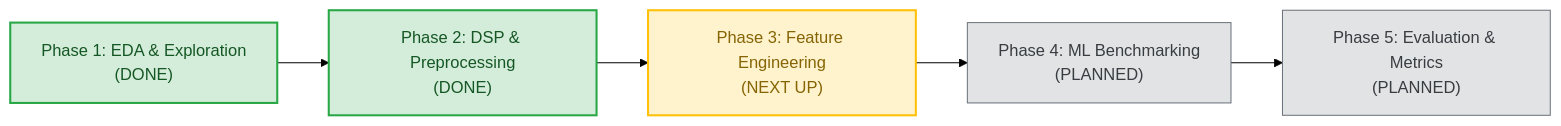
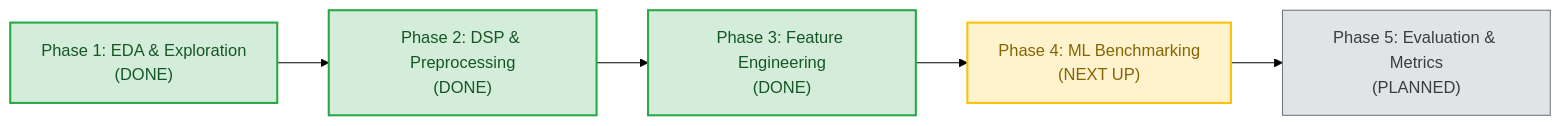
One commit to Simplicity005/icbhi-respiratory-detection changed the diagram in README.md. Above: the diagram before and after it, drawn with Mermaid (forest theme). The commit also changed other lines of this file and 13 other files, not shown here.

Commit message:
feat: implement acoustic feature engineering pipeline and benchmark matrices (Phase 3)

````diff
--- a/README.md
+++ b/README.md
@@ -44,13 +45,13 @@
 ```mermaid
 flowchart LR
     P1["Phase 1: EDA & Exploration\n(DONE)"] --> P2["Phase 2: DSP & Preprocessing\n(DONE)"]
-    P2 --> P3["Phase 3: Feature Engineering\n(NEXT UP)"]
-    P3 --> P4["Phase 4: ML Benchmarking\n(PLANNED)"]
+    P2 --> P3["Phase 3: Feature Engineering\n(DONE)"]
+    P3 --> P4["Phase 4: ML Benchmarking\n(NEXT UP)"]
     P4 --> P5["Phase 5: Evaluation & Metrics\n(PLANNED)"]
     
     style P1 fill:#d4edda,stroke:#28a745,stroke-width:2px,color:#155724
     style P2 fill:#d4edda,stroke:#28a745,stroke-width:2px,color:#155724
-    style P3 fill:#fff3cd,stroke:#ffc107,stroke-width:2px,color:#856404
-    style P4 fill:#e2e3e5,stroke:#6c757d,stroke-width:1px,color:#383d41
+    style P3 fill:#d4edda,stroke:#28a745,stroke-width:2px,color:#155724
+    style P4 fill:#fff3cd,stroke:#ffc107,stroke-width:2px,color:#856404
     style P5 fill:#e2e3e5,stroke:#6c757d,stroke-width:1px,color:#383d41
 ```
````
